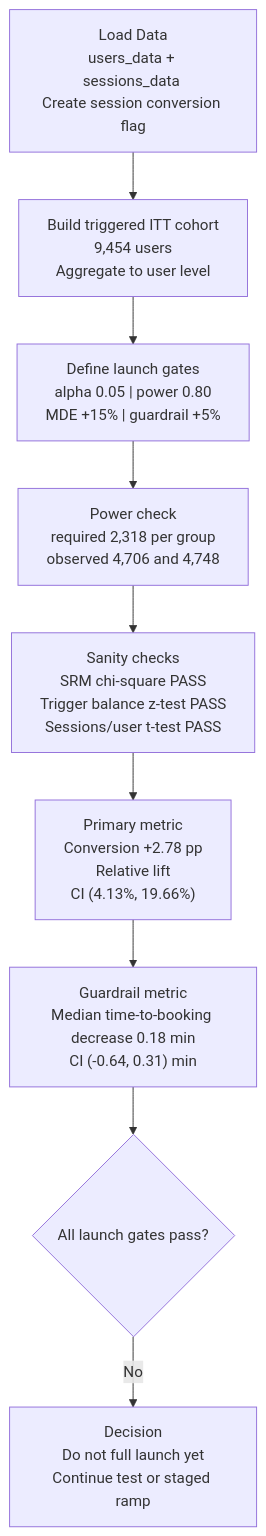
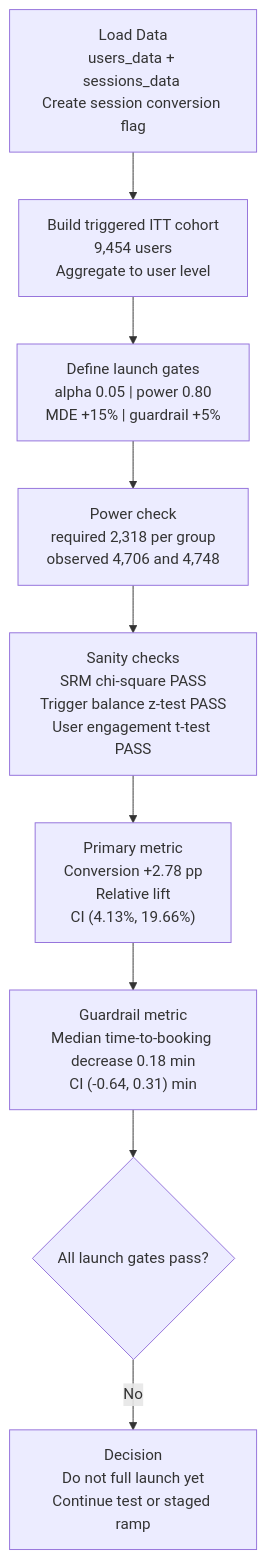
Before and after one commit to JielingChen/A-B-Test-Analysis_Search-Ranking-Algorithm-Rollout: the diagram in README.md, drawn with Mermaid.

````diff
--- a/README.md
+++ b/README.md
@@ -6,11 +6,11 @@
 ```mermaid
 flowchart TD
     A["Load Data<br/>users_data + sessions_data <br/>Create session conversion flag"] --> B["Build triggered ITT cohort<br/>9,454 users<br/>Aggregate to user level"]
     B --> C["Define launch gates<br/>alpha 0.05 | power 0.80<br/>MDE +15% | guardrail +5%"]
     C --> D["Power check<br/>required 2,318 per group<br/>observed 4,706 and 4,748"]
-    D --> E["Sanity checks<br/>SRM chi-square PASS<br/>Trigger balance z-test PASS<br/>Sessions/user t-test PASS"]
+    D --> E["Sanity checks<br/>SRM chi-square PASS<br/>Trigger balance z-test PASS<br/>User engagement t-test PASS"]
     E --> F["Primary metric<br/>Conversion +2.78 pp<br/>Relative lift<br/>CI (4.13%, 19.66%)"]
     F --> G["Guardrail metric<br/>Median time-to-booking decrease 0.18 min<br/>CI (-0.64, 0.31) min"]
     G --> H{All launch gates pass?}
     H -->|No| I["Decision<br/>Do not full launch yet<br/>Continue test or staged ramp"]
 ```
````
